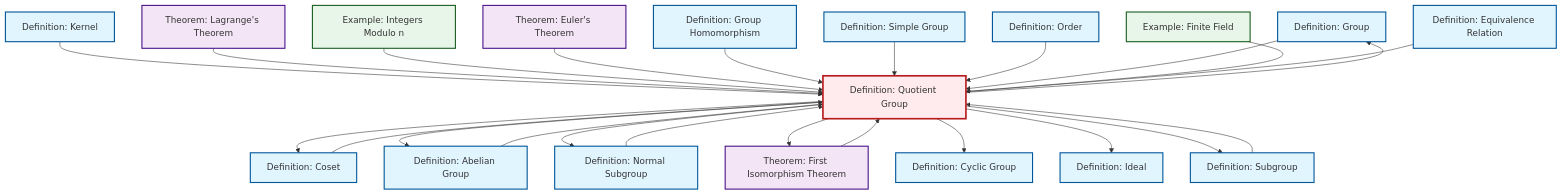
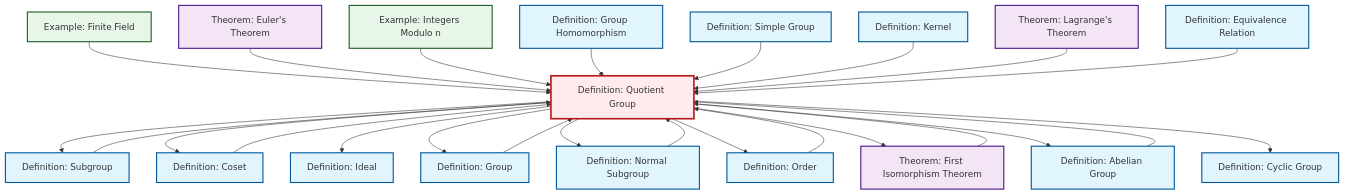
The diagram in content/ja/algebra/def-quotient-group.qmd (RK0429/ModernMath), drawn with Mermaid before and after one commit. The commit also changed other lines of this file and 581 other files, not shown here.

````diff
--- a/content/ja/algebra/def-quotient-group.qmd
+++ b/content/ja/algebra/def-quotient-group.qmd
@@ -147,68 +147,69 @@
 ```{mermaid}
 %%| fig-cap: "Local dependency graph"
 graph TD
     classDef definition fill:#e1f5fe,stroke:#01579b,stroke-width:2px
     classDef theorem fill:#f3e5f5,stroke:#4a148c,stroke-width:2px
     classDef axiom fill:#fff3e0,stroke:#e65100,stroke-width:2px
     classDef example fill:#e8f5e9,stroke:#1b5e20,stroke-width:2px
     classDef current fill:#ffebee,stroke:#b71c1c,stroke-width:3px
+    def-simple-group["Definition: Simple Group"]:::definition
+    def-subgroup["Definition: Subgroup"]:::definition
+    def-order["Definition: Order"]:::definition
+    ex-finite-field["Example: Finite Field"]:::example
+    def-equivalence-relation["Definition: Equivalence Relation"]:::definition
+    def-quotient-group["Definition: Quotient Group"]:::definition
     def-ideal["Definition: Ideal"]:::definition
-    def-group["Definition: Group"]:::definition
-    ex-quotient-integers-mod-n["Example: Integers Modulo n"]:::example
-    def-homomorphism["Definition: Group Homomorphism"]:::definition
+    thm-lagrange["Theorem: Lagrange's Theorem"]:::theorem
+    def-abelian-group["Definition: Abelian Group"]:::definition
     def-coset["Definition: Coset"]:::definition
     def-cyclic-group["Definition: Cyclic Group"]:::definition
+    def-kernel["Definition: Kernel"]:::definition
+    def-homomorphism["Definition: Group Homomorphism"]:::definition
+    thm-euler["Theorem: Euler's Theorem"]:::theorem
+    def-group["Definition: Group"]:::definition
     thm-first-isomorphism["Theorem: First Isomorphism Theorem"]:::theorem
-    def-equivalence-relation["Definition: Equivalence Relation"]:::definition
-    def-quotient-group["Definition: Quotient Group"]:::definition
-    thm-euler["Theorem: Euler's Theorem"]:::theorem
-    def-subgroup["Definition: Subgroup"]:::definition
-    thm-lagrange["Theorem: Lagrange's Theorem"]:::theorem
-    def-order["Definition: Order"]:::definition
-    def-simple-group["Definition: Simple Group"]:::definition
-    def-kernel["Definition: Kernel"]:::definition
-    def-abelian-group["Definition: Abelian Group"]:::definition
-    ex-finite-field["Example: Finite Field"]:::example
     def-normal-subgroup["Definition: Normal Subgroup"]:::definition
+    ex-quotient-integers-mod-n["Example: Integers Modulo n"]:::example
+    def-subgroup --> def-quotient-group
+    def-quotient-group --> def-subgroup
+    thm-first-isomorphism --> def-quotient-group
+    ex-finite-field --> def-quotient-group
     def-quotient-group --> def-coset
-    def-quotient-group --> def-abelian-group
+    def-quotient-group --> def-ideal
+    def-quotient-group --> def-group
+    thm-euler --> def-quotient-group
+    def-coset --> def-quotient-group
+    def-abelian-group --> def-quotient-group
+    def-group --> def-quotient-group
+    ex-quotient-integers-mod-n --> def-quotient-group
+    def-quotient-group --> def-normal-subgroup
+    def-quotient-group --> def-order
+    def-homomorphism --> def-quotient-group
+    def-simple-group --> def-quotient-group
     def-kernel --> def-quotient-group
-    def-subgroup --> def-quotient-group
-    def-quotient-group --> def-normal-subgroup
+    def-order --> def-quotient-group
     thm-lagrange --> def-quotient-group
     def-quotient-group --> thm-first-isomorphism
-    ex-quotient-integers-mod-n --> def-quotient-group
-    thm-euler --> def-quotient-group
-    def-homomorphism --> def-quotient-group
+    def-equivalence-relation --> def-quotient-group
+    def-quotient-group --> def-abelian-group
     def-normal-subgroup --> def-quotient-group
-    def-simple-group --> def-quotient-group
-    def-order --> def-quotient-group
-    def-group --> def-quotient-group
-    ex-finite-field --> def-quotient-group
-    def-coset --> def-quotient-group
     def-quotient-group --> def-cyclic-group
-    def-equivalence-relation --> def-quotient-group
-    def-quotient-group --> def-ideal
-    def-abelian-group --> def-quotient-group
-    def-quotient-group --> def-group
-    def-quotient-group --> def-subgroup
-    thm-first-isomorphism --> def-quotient-group
     class def-quotient-group current
+    click def-simple-group "def-simple-group.html" "Definition: Simple Groupへ"
+    click def-subgroup "def-subgroup.html" "Definition: Subgroupへ"
+    click def-order "def-order.html" "Definition: Orderへ"
+    click ex-finite-field "ex-finite-field.html" "Example: Finite Fieldへ"
+    click def-equivalence-relation "def-equivalence-relation.html" "Definition: Equivalence Relationへ"
     click def-ideal "def-ideal.html" "Definition: Idealへ"
-    click def-group "def-group.html" "Definition: Groupへ"
-    click ex-quotient-integers-mod-n "ex-quotient-integers-mod-n.html" "Example: Integers Modulo nへ"
-    click def-homomorphism "def-homomorphism.html" "Definition: Group Homomorphismへ"
+    click thm-lagrange "thm-lagrange.html" "Theorem: Lagrange's Theoremへ"
+    click def-abelian-group "def-abelian-group.html" "Definition: Abelian Groupへ"
     click def-coset "def-coset.html" "Definition: Cosetへ"
     click def-cyclic-group "def-cyclic-group.html" "Definition: Cyclic Groupへ"
+    click def-kernel "def-kernel.html" "Definition: Kernelへ"
+    click def-homomorphism "def-homomorphism.html" "Definition: Group Homomorphismへ"
+    click thm-euler "thm-euler.html" "Theorem: Euler's Theoremへ"
+    click def-group "def-group.html" "Definition: Groupへ"
     click thm-first-isomorphism "thm-first-isomorphism.html" "Theorem: First Isomorphism Theoremへ"
-    click def-equivalence-relation "def-equivalence-relation.html" "Definition: Equivalence Relationへ"
-    click thm-euler "thm-euler.html" "Theorem: Euler's Theoremへ"
-    click def-subgroup "def-subgroup.html" "Definition: Subgroupへ"
-    click thm-lagrange "thm-lagrange.html" "Theorem: Lagrange's Theoremへ"
-    click def-order "def-order.html" "Definition: Orderへ"
-    click def-simple-group "def-simple-group.html" "Definition: Simple Groupへ"
-    click def-kernel "def-kernel.html" "Definition: Kernelへ"
-    click def-abelian-group "def-abelian-group.html" "Definition: Abelian Groupへ"
-    click ex-finite-field "ex-finite-field.html" "Example: Finite Fieldへ"
     click def-normal-subgroup "def-normal-subgroup.html" "Definition: Normal Subgroupへ"
+    click ex-quotient-integers-mod-n "ex-quotient-integers-mod-n.html" "Example: Integers Modulo nへ"
 ```
````
